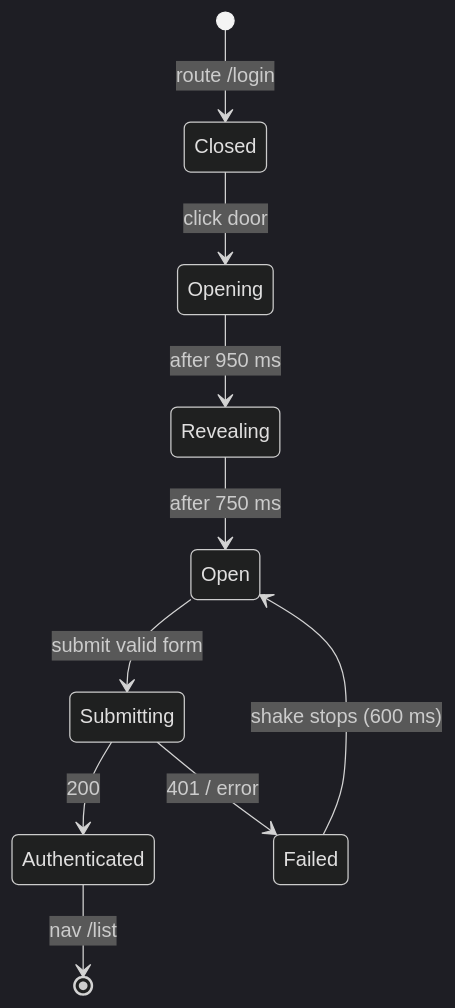
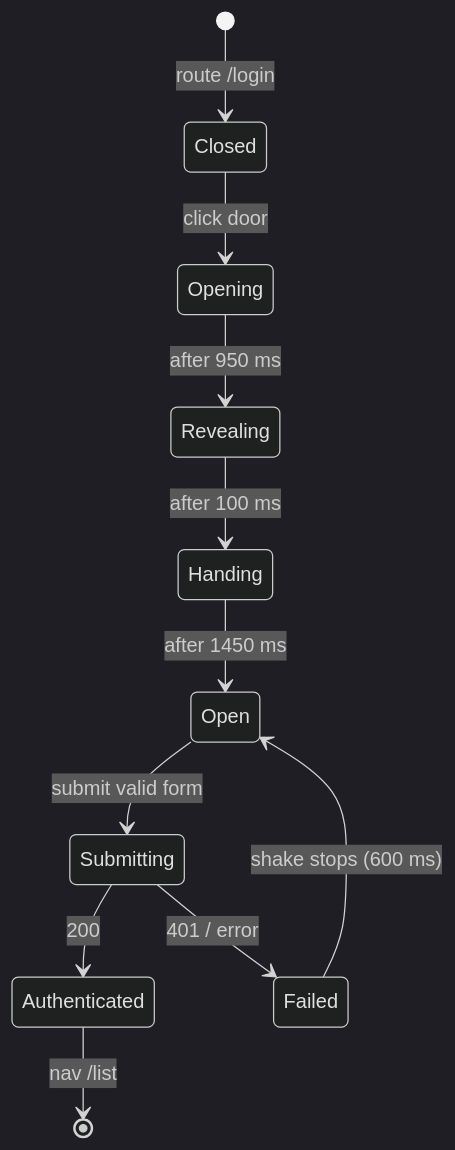
The eighth of 8 diagrams in docs/architecture.md (matvs/freepeepee), drawn with Mermaid (dark theme) before and after one commit. The commit also changed other lines of this file and 33 other files, not shown here.

````diff
--- a/docs/architecture.md
+++ b/docs/architecture.md
@@ -212,12 +212,13 @@
 ```mermaid
 stateDiagram-v2
     [*] --> Closed: route /login
     Closed --> Opening: click door
     Opening --> Revealing: after 950 ms
-    Revealing --> Open: after 750 ms
+    Revealing --> Handing: after 100 ms
+    Handing --> Open: after 1450 ms
     Open --> Submitting: submit valid form
     Submitting --> Authenticated: 200
     Submitting --> Failed: 401 / error
     Failed --> Open: shake stops (600 ms)
     Authenticated --> [*]: nav /list
 ```
````
